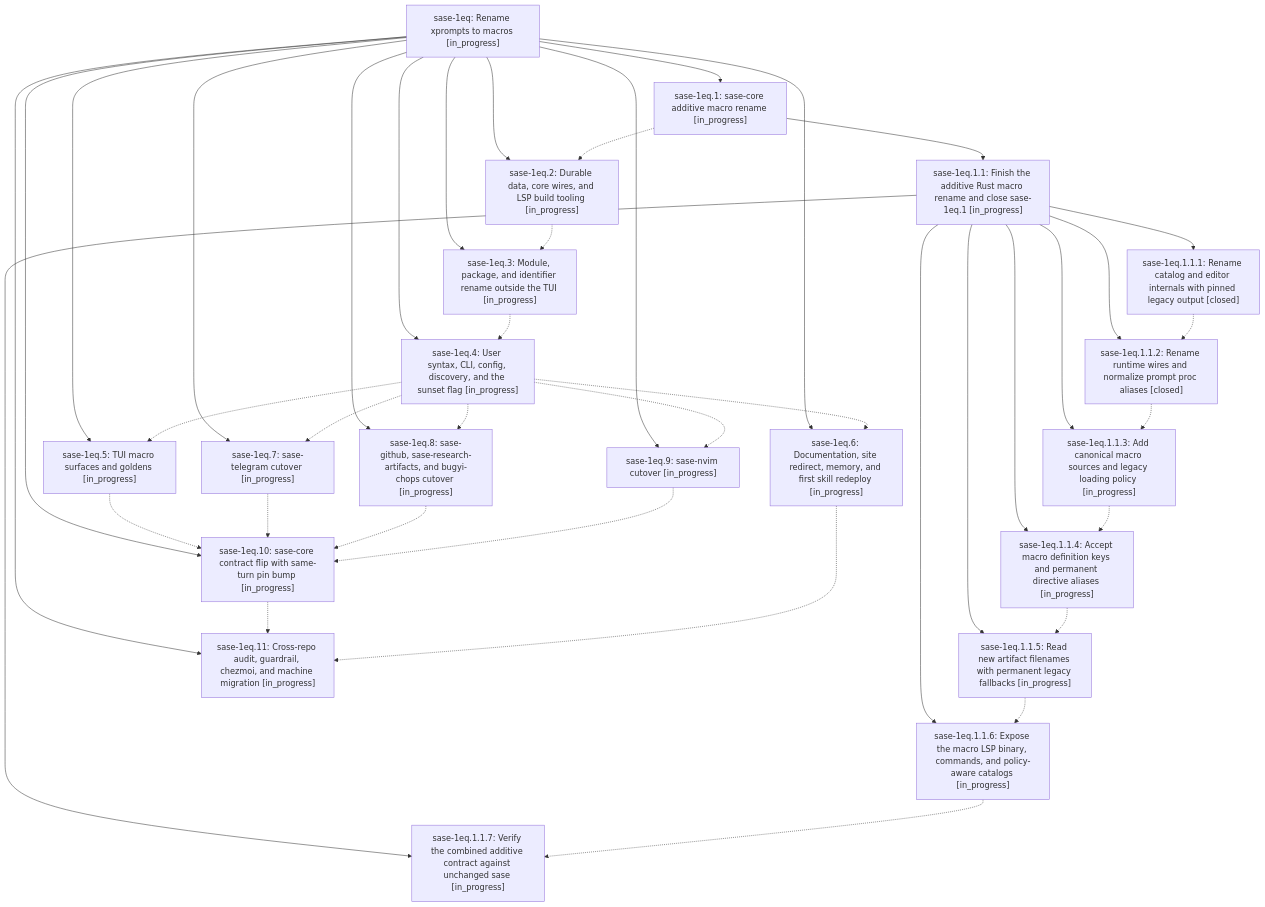
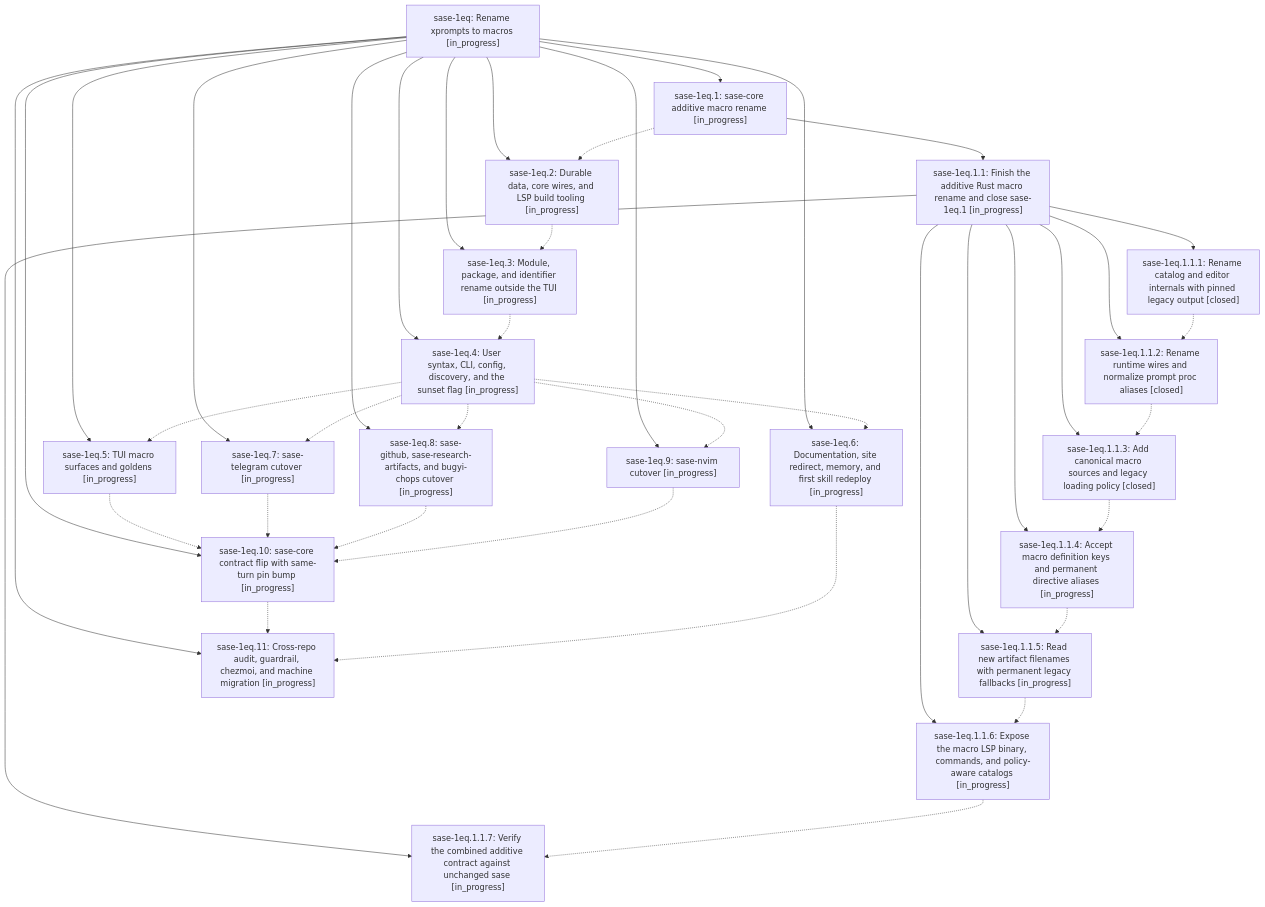
One commit to sase-org/sase--beads changed the diagram in pages/sase-1eq/README.md. Above: the diagram before and after it, drawn with Mermaid. The commit also changed other lines of this file and 4 other files, not shown here.

````diff
--- a/pages/sase-1eq/README.md
+++ b/pages/sase-1eq/README.md
@@ -32,62 +32,62 @@
 ```mermaid
 flowchart TD
     n0["sase-1eq: Rename xprompts to macros [in_progress]"]
     n1["sase-1eq.1: sase-core additive macro rename [in_progress]"]
     n2["sase-1eq.1.1: Finish the additive Rust macro rename and close sase-1eq.1 [in_progress]"]
     n3["sase-1eq.1.1.1: Rename catalog and editor internals with pinned legacy output [closed]"]
     n4["sase-1eq.1.1.2: Rename runtime wires and normalize prompt proc aliases [closed]"]
-    n5["sase-1eq.1.1.3: Add canonical macro sources and legacy loading policy [in_progress]"]
+    n5["sase-1eq.1.1.3: Add canonical macro sources and legacy loading policy [closed]"]
     n6["sase-1eq.1.1.4: Accept macro definition keys and permanent directive aliases [in_progress]"]
     n7["sase-1eq.1.1.5: Read new artifact filenames with permanent legacy fallbacks [in_progress]"]
     n8["sase-1eq.1.1.6: Expose the macro LSP binary, commands, and policy-aware catalogs [in_progress]"]
     n9["sase-1eq.1.1.7: Verify the combined additive contract against unchanged sase [in_progress]"]
     n10["sase-1eq.10: sase-core contract flip with same-turn pin bump [in_progress]"]
     n11["sase-1eq.11: Cross-repo audit, guardrail, chezmoi, and machine migration [in_progress]"]
     n12["sase-1eq.2: Durable data, core wires, and LSP build tooling [in_progress]"]
     n13["sase-1eq.3: Module, package, and identifier rename outside the TUI [in_progress]"]
     n14["sase-1eq.4: User syntax, CLI, config, discovery, and the sunset flag [in_progress]"]
     n15["sase-1eq.5: TUI macro surfaces and goldens [in_progress]"]
     n16["sase-1eq.6: Documentation, site redirect, memory, and first skill redeploy [in_progress]"]
     n17["sase-1eq.7: sase-telegram cutover [in_progress]"]
     n18["sase-1eq.8: sase-github, sase-research-artifacts, and bugyi-chops cutover [in_progress]"]
     n19["sase-1eq.9: sase-nvim cutover [in_progress]"]
     n0 --> n1
     n1 --> n2
     n2 --> n3
     n2 --> n4
     n2 --> n5
     n2 --> n6
     n2 --> n7
     n2 --> n8
     n2 --> n9
     n0 --> n10
     n0 --> n11
     n0 --> n12
     n0 --> n13
     n0 --> n14
     n0 --> n15
     n0 --> n16
     n0 --> n17
     n0 --> n18
     n0 --> n19
     n1 -.-> n12
     n3 -.-> n4
     n4 -.-> n5
     n5 -.-> n6
     n6 -.-> n7
     n7 -.-> n8
     n8 -.-> n9
     n10 -.-> n11
     n12 -.-> n13
     n13 -.-> n14
     n14 -.-> n15
     n14 -.-> n16
     n14 -.-> n17
     n14 -.-> n18
     n14 -.-> n19
     n15 -.-> n10
     n16 -.-> n11
     n17 -.-> n10
     n18 -.-> n10
     n19 -.-> n10
 ```
````
